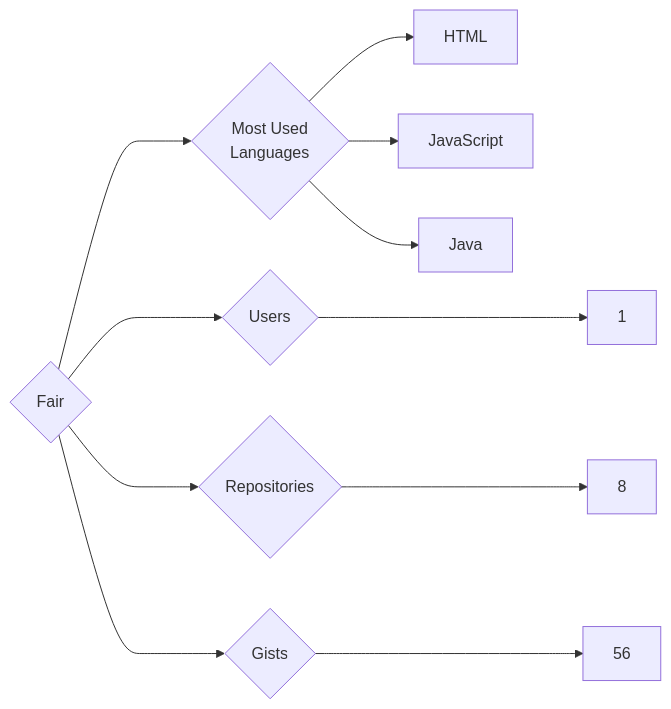
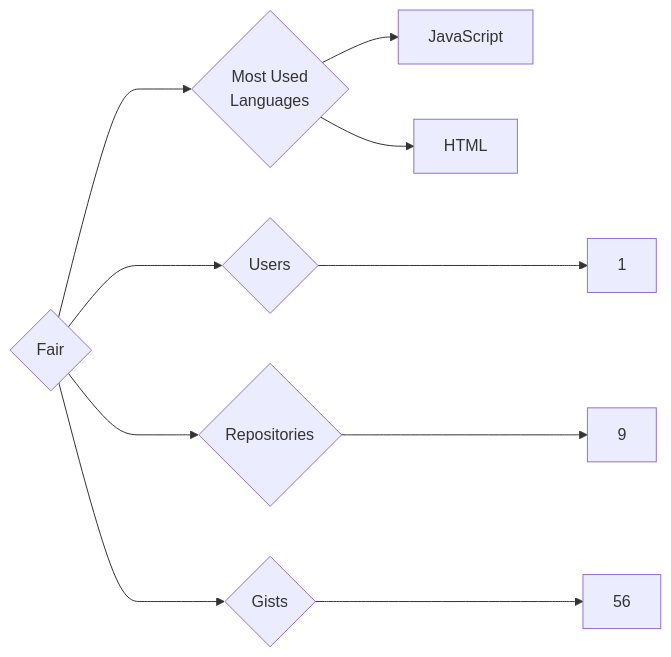
Before and after one commit to trickest/insiders: the diagram in targets/Fair/README.md, drawn with Mermaid. The commit also changed 545 other files, not shown here.

````diff
--- a/targets/Fair/README.md
+++ b/targets/Fair/README.md
@@ -3,11 +3,10 @@
 ```mermaid
 graph LR
 COMPANY_NAME{Fair}
 COMPANY_NAME ---> U{Users} ---> UN[1]
-COMPANY_NAME ---> R{Repositories} ---> RN[8]
+COMPANY_NAME ---> R{Repositories} ---> RN[9]
 COMPANY_NAME ---> G{Gists} ---> GN[56]
 COMPANY_NAME ---> ML{Most Used<br>Languages}
+ML --> JavaScript[JavaScript]
 ML --> HTML[HTML]
-ML --> JavaScript[JavaScript]
-ML --> Java[Java]
 ```
````
